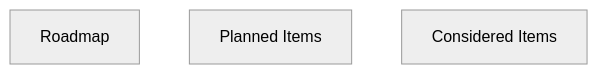
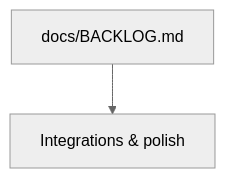
Before and after one commit to enabledtocreate/day-tracker: the diagram in docs/ROADMAP.md, drawn with Mermaid (neutral theme). The commit also changed other lines of this file and 291 other files, not shown here.

````diff
--- a/docs/ROADMAP.md
+++ b/docs/ROADMAP.md
@@ -49,6 +30,4 @@
 ```mermaid
 flowchart TD
-  roadmap["Roadmap"]
-  planned["Planned Items"]
-  considered["Considered Items"]
+  backlog["docs/BACKLOG.md"] --> ux["Integrations & polish"]
 ```
````
